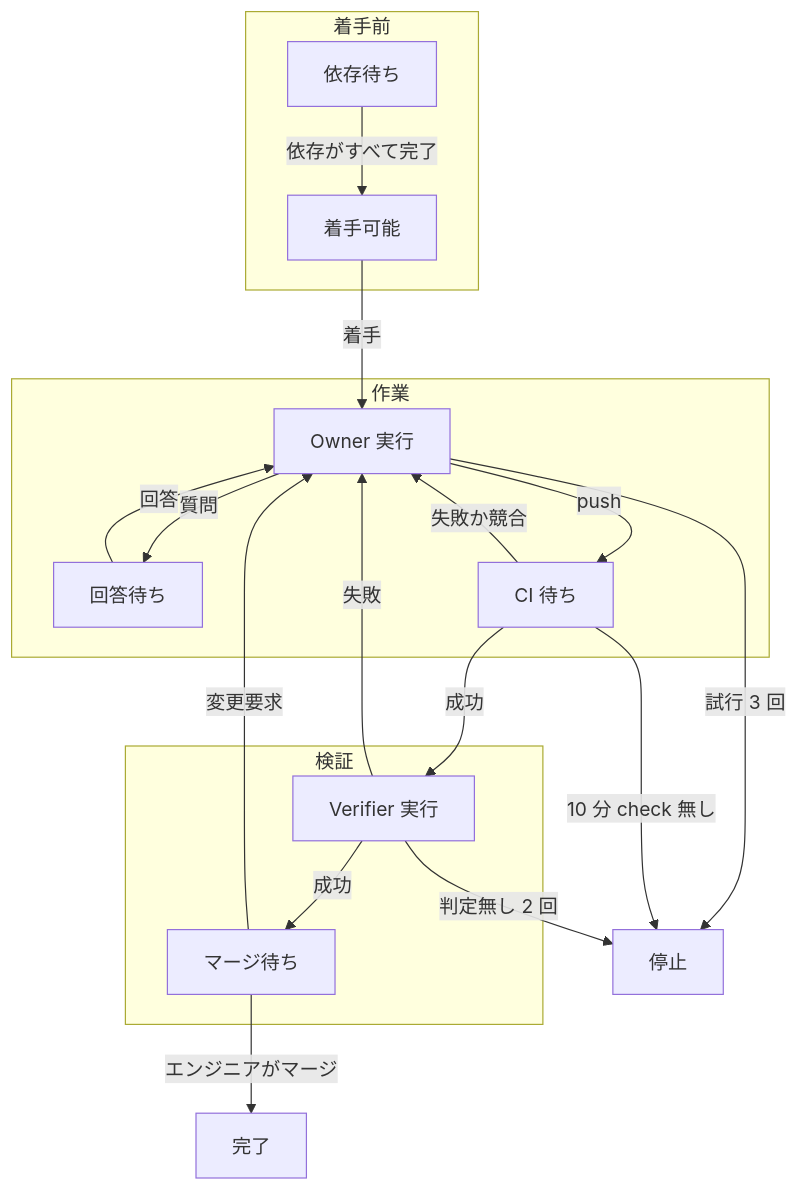
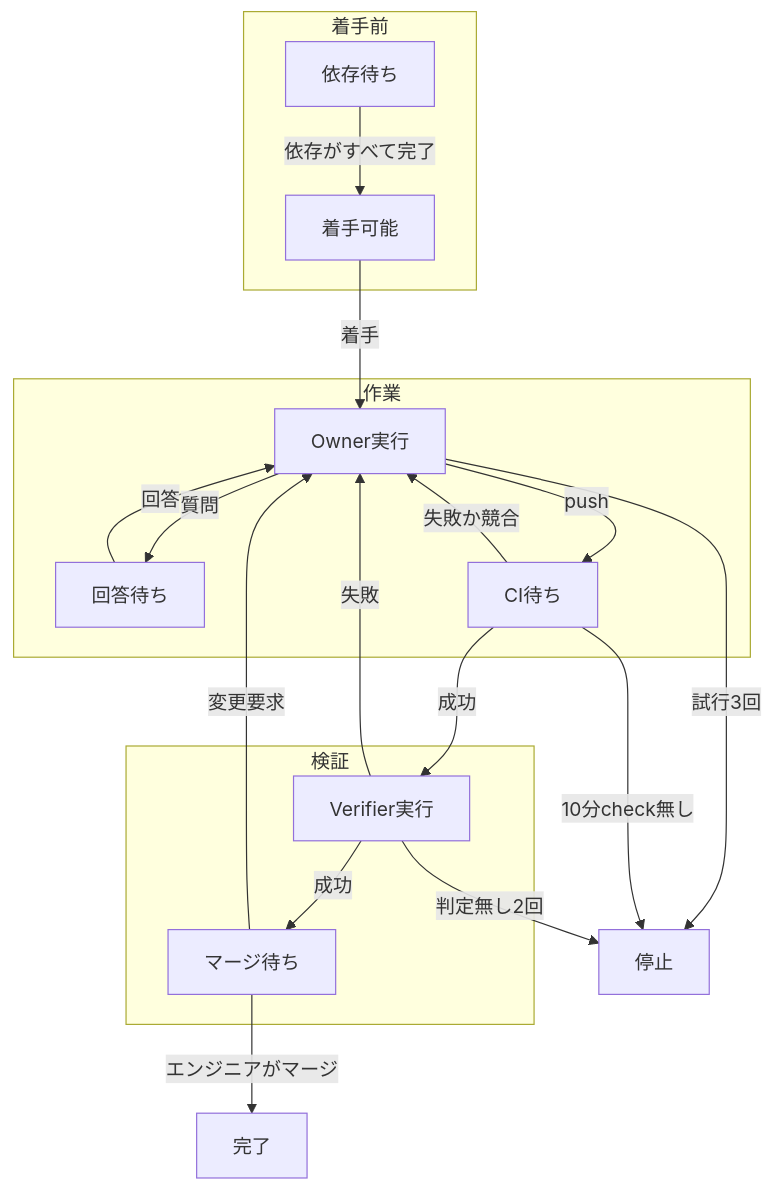
The first of 2 diagrams in docs/design/orchestrate-epic.md (maro114510/skills), drawn with Mermaid before and after one commit. The commit also changed other lines of this file, not shown here.

````diff
--- a/docs/design/orchestrate-epic.md
+++ b/docs/design/orchestrate-epic.md
@@ -53,23 +73,23 @@
 ```mermaid
 flowchart TB
   subgraph Pre["着手前"]
     Blocked["依存待ち"] -->|"依存がすべて完了"| Ready["着手可能"]
   end
   subgraph Work["作業"]
-    Owner["Owner 実行"] -->|"質問"| Ask["回答待ち"]
+    Owner["Owner実行"] -->|"質問"| Ask["回答待ち"]
     Ask -->|"回答"| Owner
-    Owner -->|"push"| CI["CI 待ち"]
+    Owner -->|"push"| CI["CI待ち"]
     CI -->|"失敗か競合"| Owner
   end
   subgraph Check["検証"]
-    Verify["Verifier 実行"] -->|"成功"| Merge["マージ待ち"]
+    Verify["Verifier実行"] -->|"成功"| Merge["マージ待ち"]
   end
   Ready -->|"着手"| Owner
   CI -->|"成功"| Verify
   Verify -->|"失敗"| Owner
   Merge -->|"変更要求"| Owner
   Merge -->|"エンジニアがマージ"| Done["完了"]
-  Owner -->|"試行 3 回"| Parked["停止"]
-  CI -->|"10 分 check 無し"| Parked
-  Verify -->|"判定無し 2 回"| Parked
+  Owner -->|"試行3回"| Parked["停止"]
+  CI -->|"10分check無し"| Parked
+  Verify -->|"判定無し2回"| Parked
 ```
````
